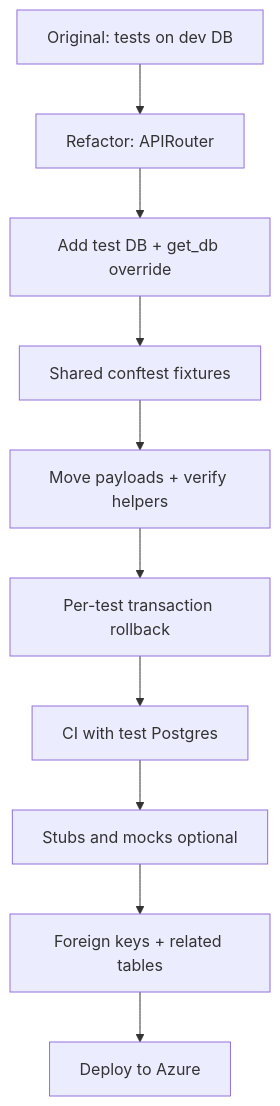
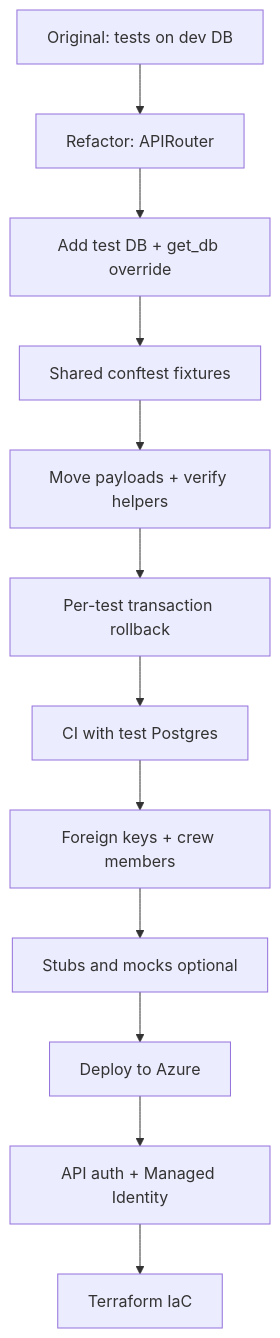
Before and after one commit to BrotherofOracleMan/CosmicMissions: the fourth of 8 diagrams in docs/upgrade-roadmap.md, drawn with Mermaid. The commit also changed other lines of this file and 5 other files, not shown here.

````diff
--- a/docs/upgrade-roadmap.md
+++ b/docs/upgrade-roadmap.md
@@ -338,12 +344,14 @@
 ```mermaid
 flowchart TD
     baseline[Original: tests on dev DB] --> router[Refactor: APIRouter]
     router --> testDb[Add test DB + get_db override]
     testDb --> conftest[Shared conftest fixtures]
     conftest --> payloads[Move payloads + verify helpers]
     payloads --> rollback[Per-test transaction rollback]
     rollback --> ci[CI with test Postgres]
-    ci --> stubs[Stubs and mocks optional]
-    stubs --> fkeys[Foreign keys + related tables]
-    fkeys --> azure[Deploy to Azure]
+    ci --> fkeys[Foreign keys + crew members]
+    fkeys --> stubs[Stubs and mocks optional]
+    stubs --> azure[Deploy to Azure]
+    azure --> auth[API auth + Managed Identity]
+    auth --> tf[Terraform IaC]
 ```
````
